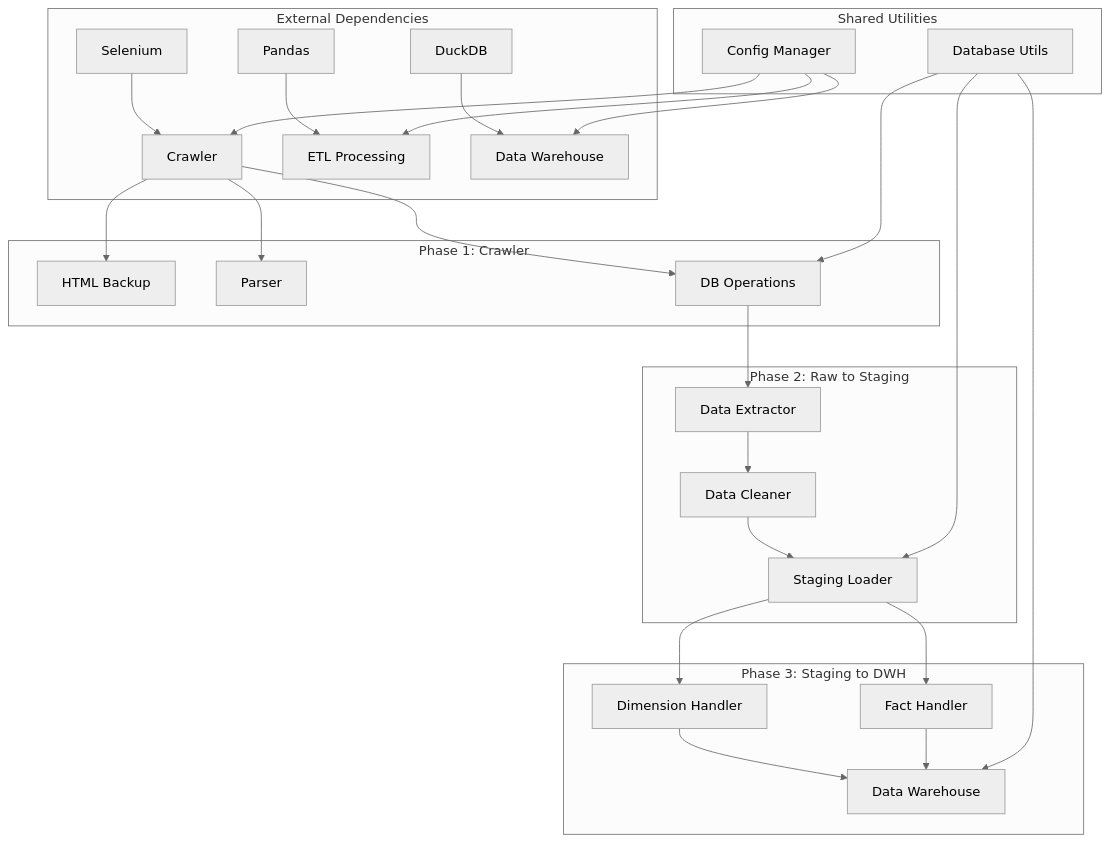
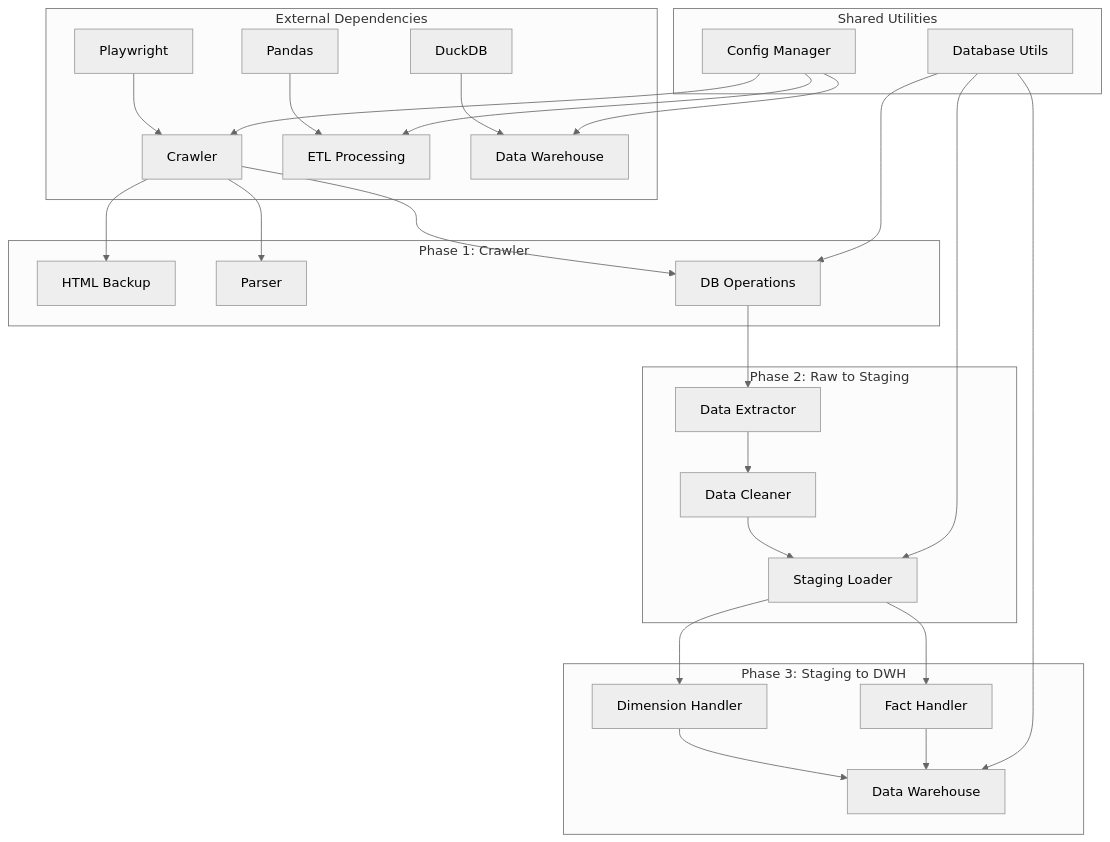
One commit to Trantuan24/JobInsight_Data_Pipeline changed the diagram in docs/Project_Structure_Documentation.md. Above: the diagram before and after it, drawn with Mermaid (neutral theme). The commit also changed other lines of this file and 2 other files, not shown here.

````diff
--- a/docs/Project_Structure_Documentation.md
+++ b/docs/Project_Structure_Documentation.md
@@ -206,36 +206,36 @@
 ```mermaid
 graph TD
     subgraph "External Dependencies"
-        A[Selenium] --> B[Crawler]
+        A[Playwright] --> B[Crawler]
         C[Pandas] --> D[ETL Processing]
         E[DuckDB] --> F[Data Warehouse]
     end
     
     subgraph "Phase 1: Crawler"
         B --> G[HTML Backup]
         B --> H[Parser]
         B --> I[DB Operations]
     end
     
     subgraph "Phase 2: Raw to Staging"
         I --> J[Data Extractor]
         J --> K[Data Cleaner]
         K --> L[Staging Loader]
     end
     
     subgraph "Phase 3: Staging to DWH"
         L --> M[Dimension Handler]
         L --> N[Fact Handler]
         M --> O[Data Warehouse]
         N --> O
     end
     
     subgraph "Shared Utilities"
         P[Database Utils] --> I
         P --> L
         P --> O
         Q[Config Manager] --> B
         Q --> D
         Q --> F
     end
 ```
````
